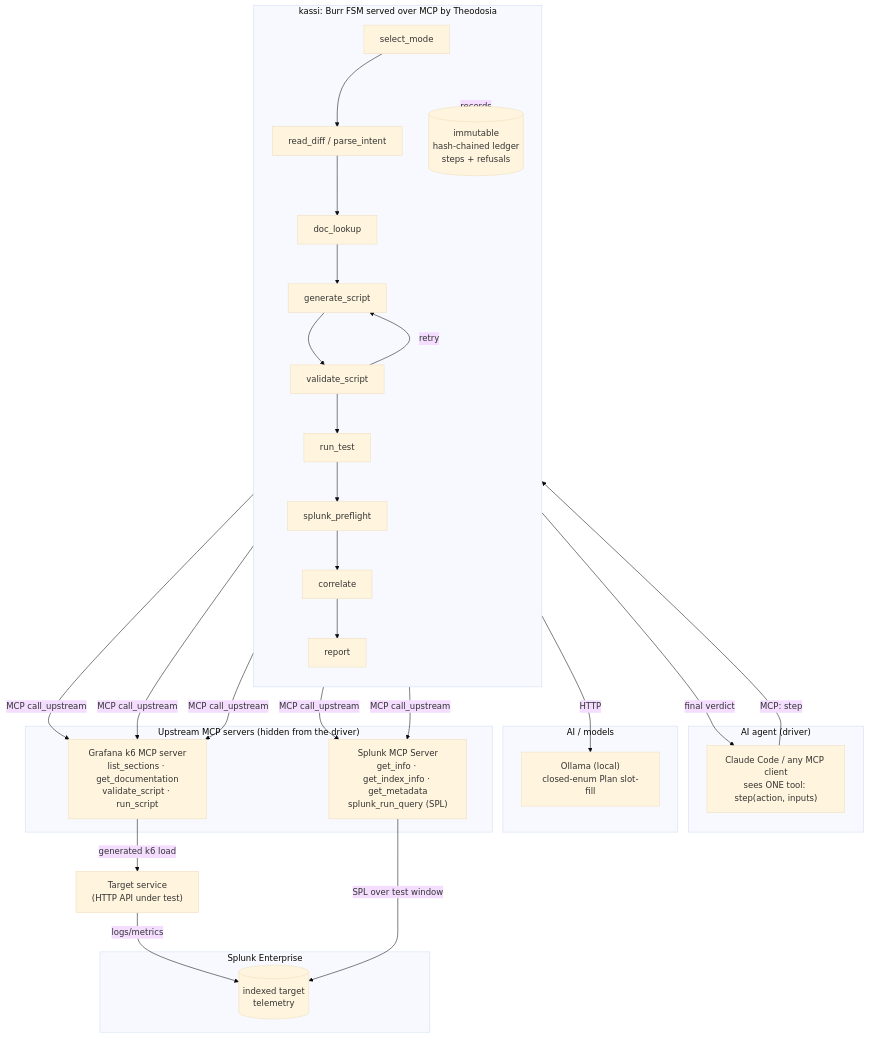
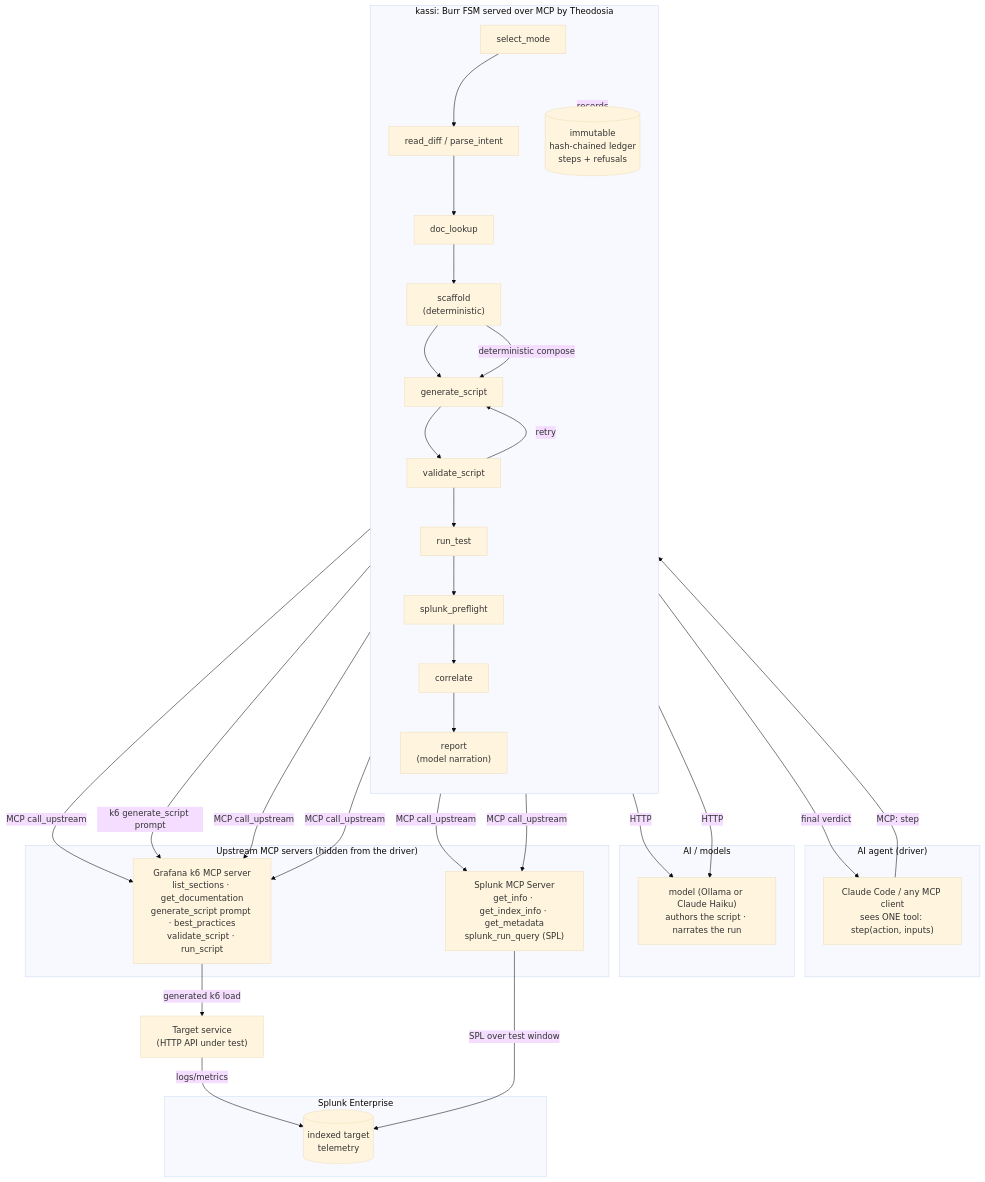
The diagram in architecture_diagram.md (msradam/kassi), drawn with Mermaid (base theme) before and after one commit. The commit also changed other lines of this file and 10 other files, not shown here.

First line of the commit message:
docs: scaffold/generate split, model narration; regenerate demo + shots

````diff
--- a/architecture_diagram.md
+++ b/architecture_diagram.md
@@ -9,48 +9,52 @@
 ```mermaid
 flowchart TB
     subgraph Driver["AI agent (driver)"]
         A["Claude Code / any MCP client<br/>sees ONE tool: step(action, inputs)"]
     end
 
     subgraph Kassi["kassi: Burr FSM served over MCP by Theodosia"]
         direction TB
         SM["select_mode"] --> RD["read_diff / parse_intent"]
         RD --> DL["doc_lookup"]
-        DL --> GS["generate_script"]
+        DL --> SC["scaffold<br/>(deterministic)"]
+        SC --> GS["generate_script"]
         GS --> VS["validate_script"]
         VS -->|retry| GS
         VS --> RT["run_test"]
         RT --> PF["splunk_preflight"]
         PF --> CO["correlate"]
-        CO --> RP["report"]
+        CO --> RP["report<br/>(model narration)"]
         LEDGER[("immutable<br/>hash-chained ledger<br/>steps + refusals")]
     end
 
     subgraph AI["AI / models"]
-        OLLAMA["Ollama (local)<br/>closed-enum Plan slot-fill"]
+        LLM["model (Ollama or Claude Haiku)<br/>authors the script · narrates the run"]
     end
 
     subgraph Upstreams["Upstream MCP servers (hidden from the driver)"]
-        K6["Grafana k6 MCP server<br/>list_sections · get_documentation<br/>validate_script · run_script"]
+        K6["Grafana k6 MCP server<br/>list_sections · get_documentation<br/>generate_script prompt · best_practices<br/>validate_script · run_script"]
         SPL["Splunk MCP Server<br/>get_info · get_index_info · get_metadata<br/>splunk_run_query (SPL)"]
     end
 
     subgraph Splunk["Splunk Enterprise"]
         IDX[("indexed target<br/>telemetry")]
     end
 
     TARGET["Target service<br/>(HTTP API under test)"]
 
     A -->|MCP: step| SM
     Kassi -.records.-> LEDGER
     DL -->|MCP call_upstream| K6
-    GS -->|HTTP| OLLAMA
+    SC -->|deterministic compose| GS
+    GS -->|k6 generate_script prompt| K6
+    GS -->|HTTP| LLM
+    RP -->|HTTP| LLM
     VS -->|MCP call_upstream| K6
     RT -->|MCP call_upstream| K6
     K6 -->|generated k6 load| TARGET
     TARGET -->|logs/metrics| IDX
     PF -->|MCP call_upstream| SPL
     CO -->|MCP call_upstream| SPL
     SPL -->|SPL over test window| IDX
     RP -->|final verdict| A
 ```
````
